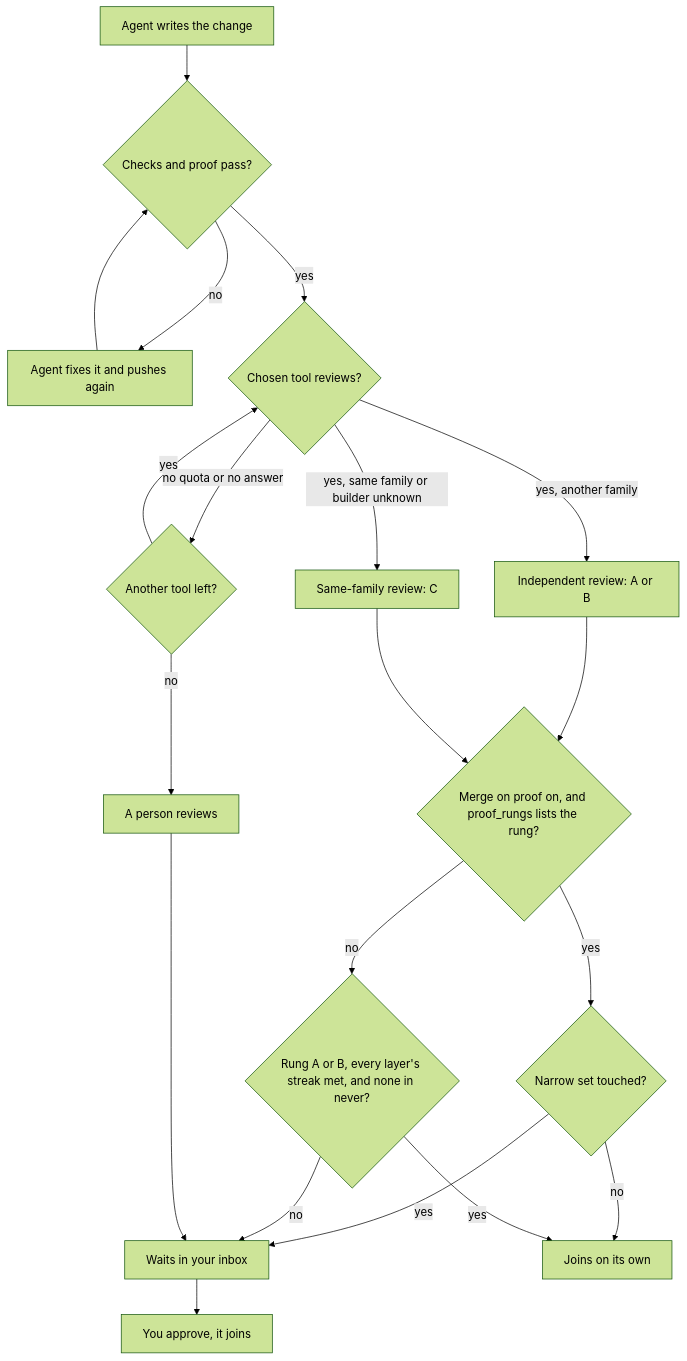
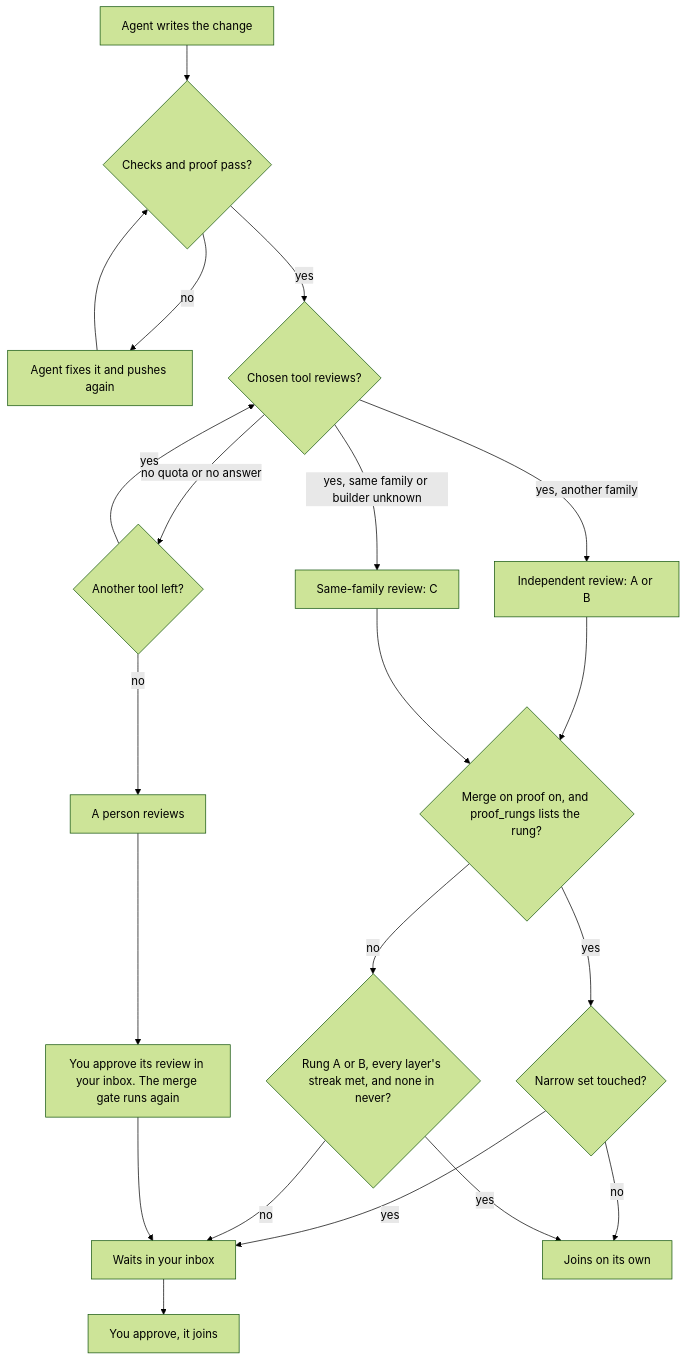
The diagram in docs/releases/v0.3.0.md (rahulnakmol/agentic-ayudha), drawn with Mermaid (forest theme) before and after one commit. The commit also changed other lines of this file and 1 other file, not shown here.

First line of the commit message:
docs(release): a held review returns to the gate, batches are Decisions, the CI review needs a bearer key

````diff
--- a/docs/releases/v0.3.0.md
+++ b/docs/releases/v0.3.0.md
@@ -110,22 +110,23 @@
 ```mermaid
 flowchart TD
     A[Agent writes the change] --> B{Checks and proof pass?}
     B -->|no| R[Agent fixes it and pushes again]
     R --> B
     B -->|yes| D{Chosen tool reviews?}
     D -->|yes, another family| E[Independent review: A or B]
     D -->|yes, same family or builder unknown| C3[Same-family review: C]
     D -->|no quota or no answer| N{Another tool left?}
     N -->|yes| D
     N -->|no| P[A person reviews]
     E --> M{Merge on proof on, and proof_rungs lists the rung?}
     C3 --> M
     M -->|yes| G{Narrow set touched?}
     G -->|yes| I[Waits in your inbox]
     G -->|no| H[Joins on its own]
     M -->|no| K{Rung A or B, every layer's streak met, and none in never?}
     K -->|yes| H
     K -->|no| I
-    P --> I
+    P --> Q[You approve its review in your inbox. The merge gate runs again]
+    Q --> I
     I --> J[You approve, it joins]
 ```
````
